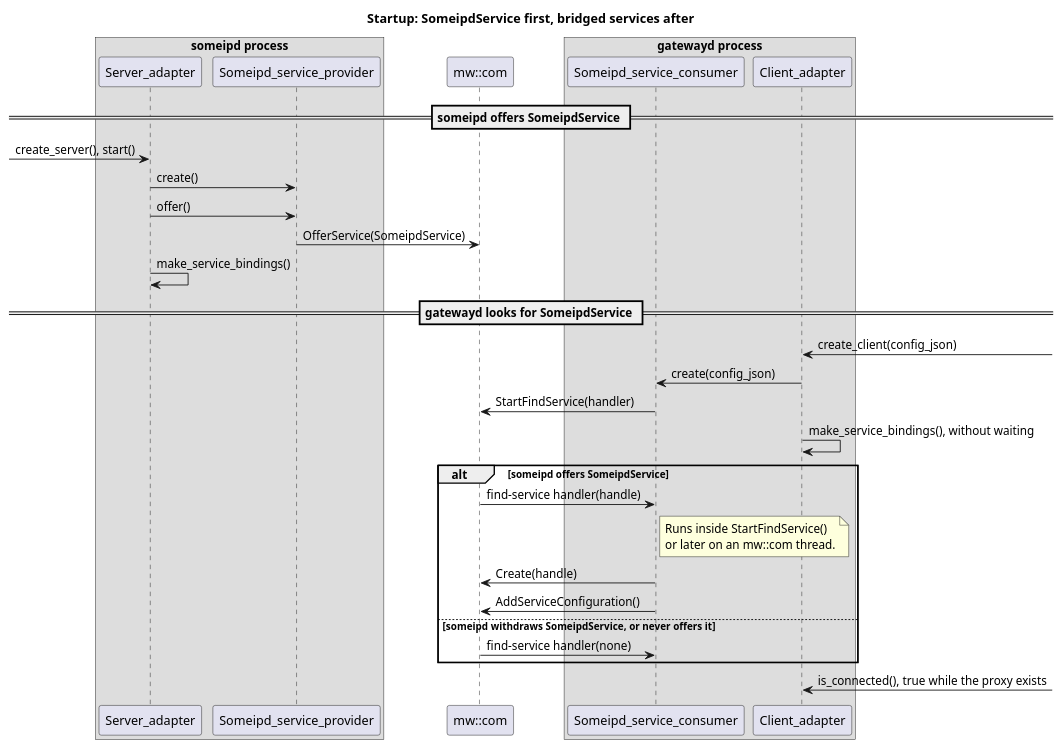
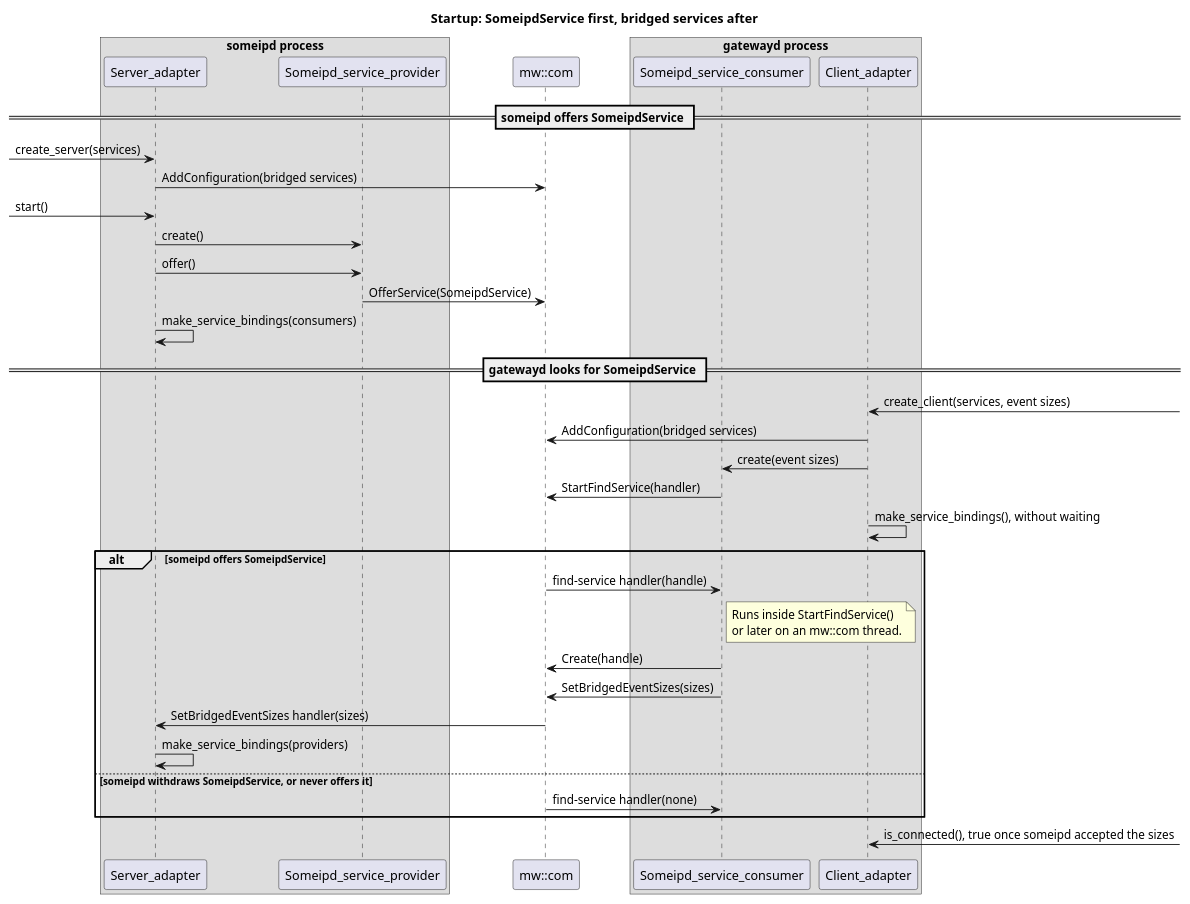
One commit to eclipse-score/inc_someip_gateway changed the diagram in score/gateway_ipc_binding/docs/models/mw_com_startup.puml. Above: the diagram before and after it, drawn with PlantUML. The commit also changed 46 other files, not shown here.

Commit message:
generate the bridged services from the gateway config because the hand-kept copies were fragile

```diff
--- a/score/gateway_ipc_binding/docs/models/mw_com_startup.puml
+++ b/score/gateway_ipc_binding/docs/models/mw_com_startup.puml
@@ -14,36 +14,41 @@
 @startuml mw_com_startup_someipd_gatewayd
 title Startup: SomeipdService first, bridged services after
 
 box "someipd process"
 participant "Server_adapter" as server
 participant "Someipd_service_provider" as sdsvc_provider
 end box
 participant "mw::com" as mwcom
 box "gatewayd process"
 participant "Someipd_service_consumer" as sdsvc_consumer
 participant "Client_adapter" as client
 end box
 
 == someipd offers SomeipdService ==
-[-> server : create_server(), start()
+[-> server : create_server(services)
+server -> mwcom : AddConfiguration(bridged services)
+[-> server : start()
 server -> sdsvc_provider : create()
 server -> sdsvc_provider : offer()
 sdsvc_provider -> mwcom : OfferService(SomeipdService)
-server -> server : make_service_bindings()
+server -> server : make_service_bindings(consumers)
 
 == gatewayd looks for SomeipdService ==
-client <-] : create_client(config_json)
-client -> sdsvc_consumer : create(config_json)
+client <-] : create_client(services, event sizes)
+client -> mwcom : AddConfiguration(bridged services)
+client -> sdsvc_consumer : create(event sizes)
 sdsvc_consumer -> mwcom : StartFindService(handler)
 client -> client : make_service_bindings(), without waiting
 
 alt someipd offers SomeipdService
   mwcom -> sdsvc_consumer : find-service handler(handle)
   note right of sdsvc_consumer : Runs inside StartFindService()\nor later on an mw::com thread.
   sdsvc_consumer -> mwcom : Create(handle)
-  sdsvc_consumer -> mwcom : AddServiceConfiguration()
+  sdsvc_consumer -> mwcom : SetBridgedEventSizes(sizes)
+  mwcom -> server : SetBridgedEventSizes handler(sizes)
+  server -> server : make_service_bindings(providers)
 else someipd withdraws SomeipdService, or never offers it
   mwcom -> sdsvc_consumer : find-service handler(none)
 end
-client <-] : is_connected(), true while the proxy exists
+client <-] : is_connected(), true once someipd accepted the sizes
 @enduml
```
